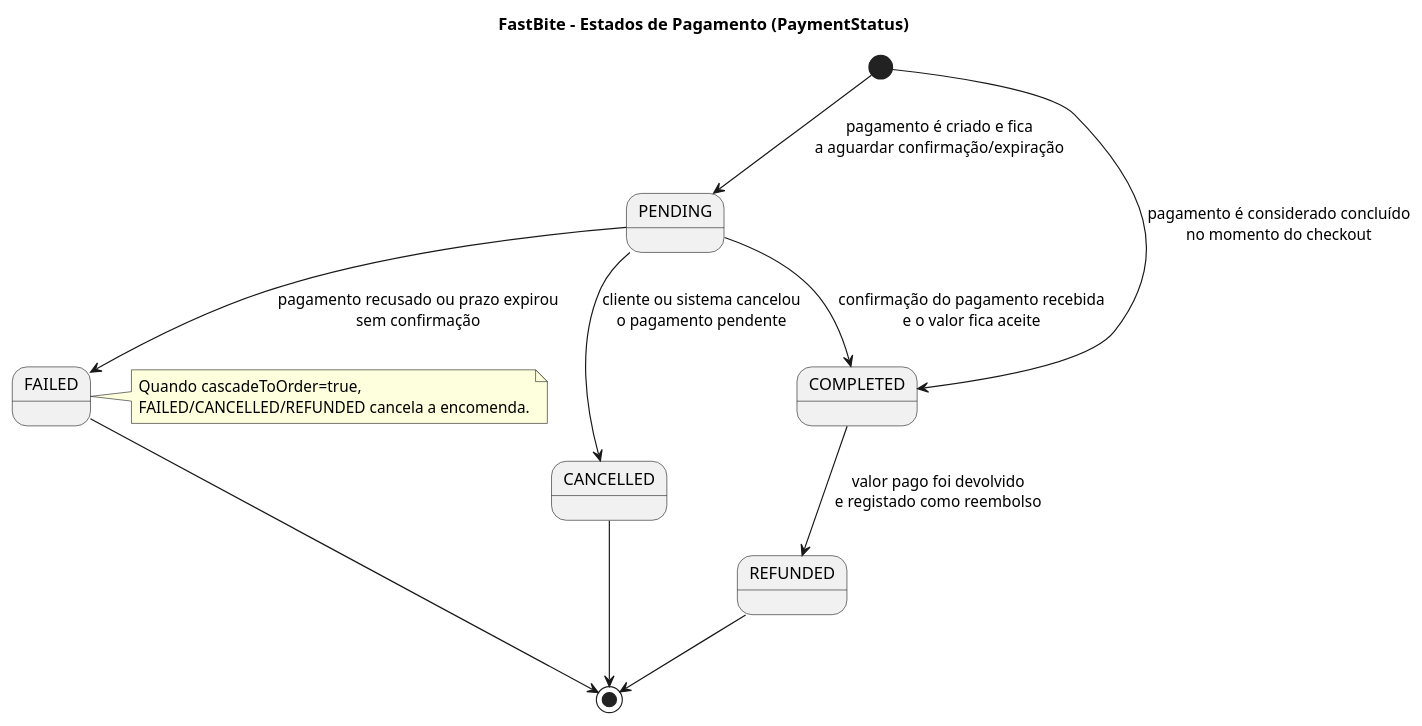
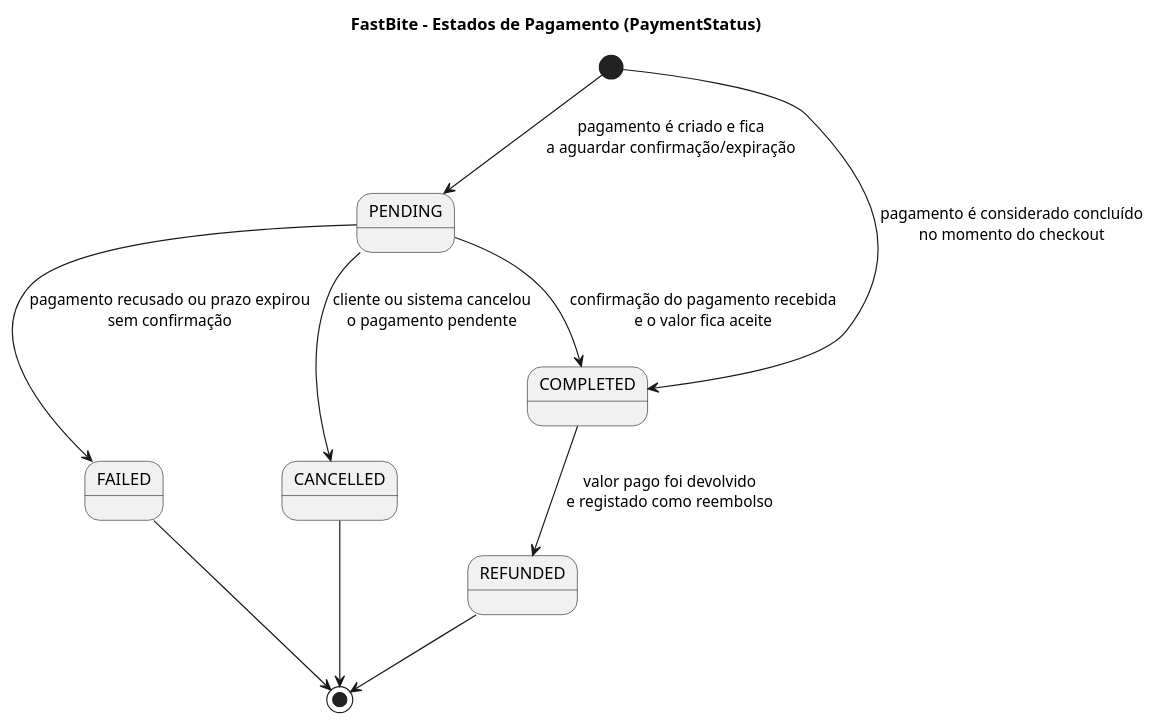
The diagram in Documentacao/docs novas/04b_estado_pagamento.puml (DuarteMSousa/FastBite), drawn with PlantUML before and after one commit. The commit also changed 2 other files, not shown here.

Commit message:
Remove explanatory notes from state diagrams
Remove 'note right' blocks from three PlantUML files to simplify diagrams: 04a_estado_encomenda.puml (CONFIRMED/COURIER_ASSIGNED note), 04b_estado_pagamento.puml (FAILED cascadeToOrder note), and 04c_estado_entrega.puml (PENDING/delivery_offers note). These are documentation-only changes with no functional impact.

```diff
--- a/Documentacao/docs novas/04b_estado_pagamento.puml
+++ b/Documentacao/docs novas/04b_estado_pagamento.puml
@@ -1,24 +1,19 @@
 @startuml FastBite_State_Payment
 title FastBite - Estados de Pagamento (PaymentStatus)
 
 skinparam shadowing false
 
 [*] --> PENDING : pagamento é criado e fica\na aguardar confirmação/expiração
 [*] --> COMPLETED : pagamento é considerado concluído\nno momento do checkout
 
 PENDING --> COMPLETED : confirmação do pagamento recebida\ne o valor fica aceite
 PENDING --> FAILED : pagamento recusado ou prazo expirou\nsem confirmação
 PENDING --> CANCELLED : cliente ou sistema cancelou\no pagamento pendente
 
 COMPLETED --> REFUNDED : valor pago foi devolvido\ne registado como reembolso
 
 FAILED --> [*]
 CANCELLED --> [*]
 REFUNDED --> [*]
 
-note right of FAILED
-  Quando cascadeToOrder=true,
-  FAILED/CANCELLED/REFUNDED cancela a encomenda.
-end note
-
 @enduml
```
